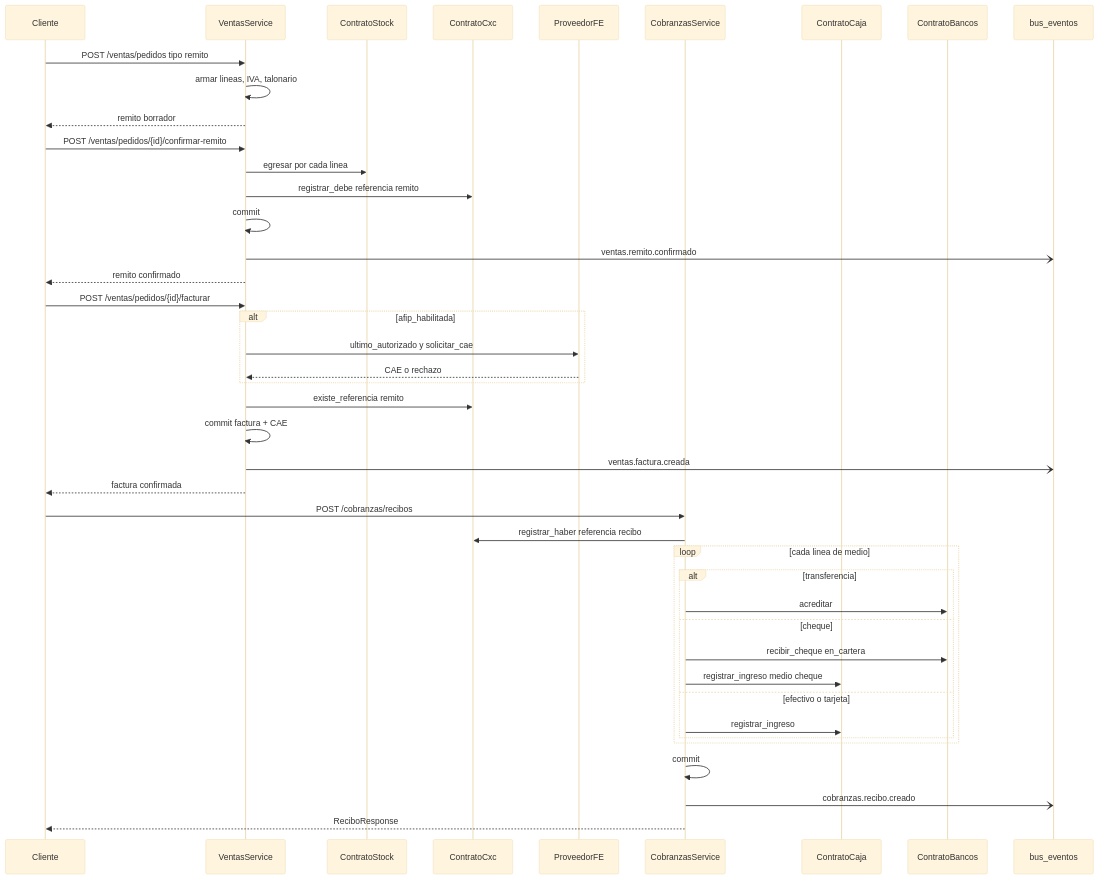
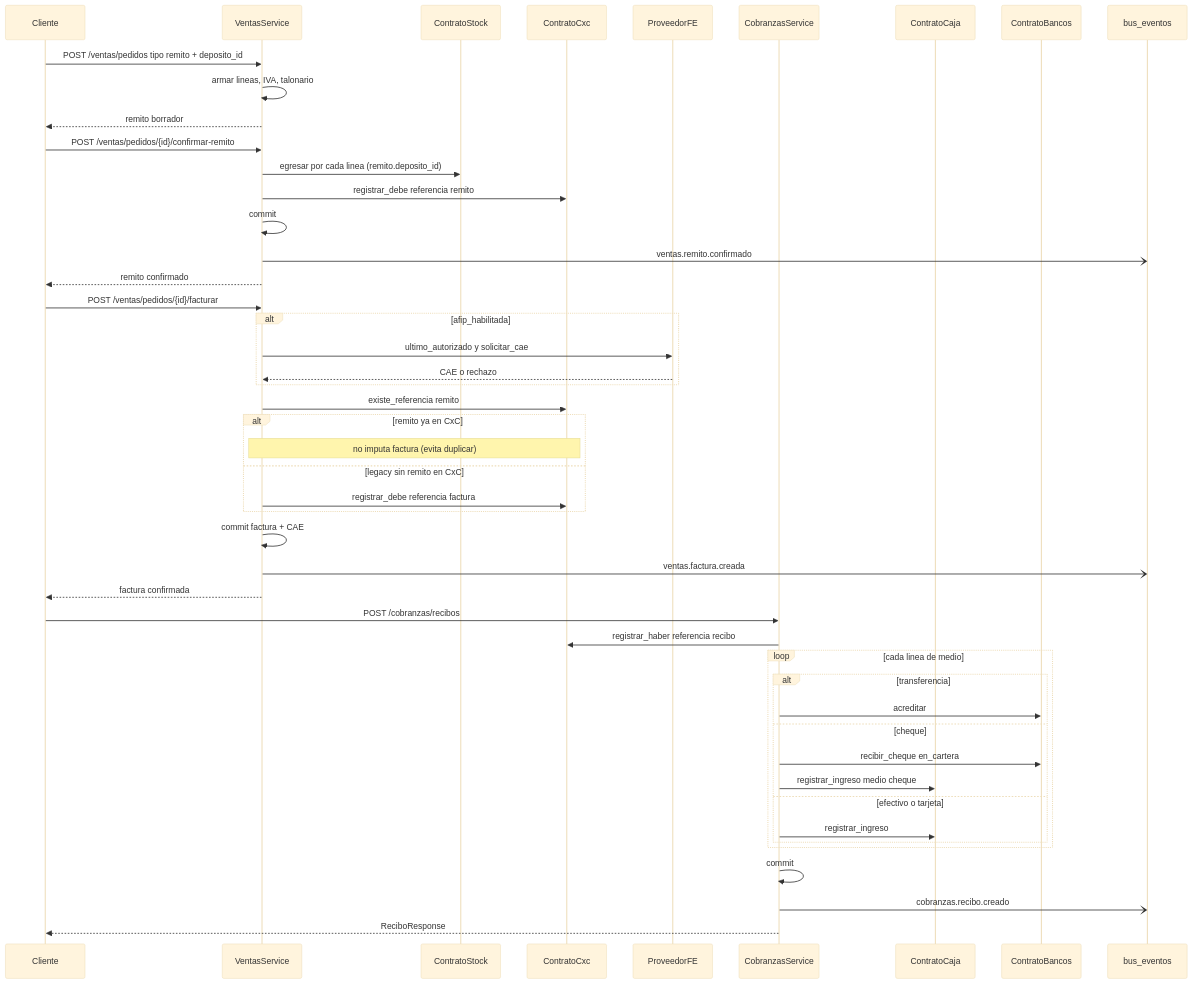
Before and after one commit to estsan3/ventas360-api: the diagram in docs/diagramas/cadena-venta-cobro.md, drawn with Mermaid (base theme). The commit also changed other lines of this file and 20 other files, not shown here.

First line of the commit message:
docs: diagramas de secuencia por módulo (sync 2026-09-22)

````diff
--- a/docs/diagramas/cadena-venta-cobro.md
+++ b/docs/diagramas/cadena-venta-cobro.md
@@ -8,49 +8,54 @@
 ```mermaid
 sequenceDiagram
     participant Cliente
     participant Ventas as VentasService
     participant Stock as ContratoStock
     participant Cxc as ContratoCxc
     participant FE as ProveedorFE
     participant Cobranzas as CobranzasService
     participant Caja as ContratoCaja
     participant Bancos as ContratoBancos
     participant Bus as bus_eventos
 
-    Cliente->>Ventas: POST /ventas/pedidos tipo remito
+    Cliente->>Ventas: POST /ventas/pedidos tipo remito + deposito_id
     Ventas->>Ventas: armar lineas, IVA, talonario
     Ventas-->>Cliente: remito borrador
 
     Cliente->>Ventas: POST /ventas/pedidos/{id}/confirmar-remito
-    Ventas->>Stock: egresar por cada linea
+    Ventas->>Stock: egresar por cada linea (remito.deposito_id)
     Ventas->>Cxc: registrar_debe referencia remito
     Ventas->>Ventas: commit
     Ventas-)Bus: ventas.remito.confirmado
     Ventas-->>Cliente: remito confirmado
 
     Cliente->>Ventas: POST /ventas/pedidos/{id}/facturar
     alt afip_habilitada
         Ventas->>FE: ultimo_autorizado y solicitar_cae
         FE-->>Ventas: CAE o rechazo
     end
     Ventas->>Cxc: existe_referencia remito
+    alt remito ya en CxC
+        Note over Ventas,Cxc: no imputa factura (evita duplicar)
+    else legacy sin remito en CxC
+        Ventas->>Cxc: registrar_debe referencia factura
+    end
     Ventas->>Ventas: commit factura + CAE
     Ventas-)Bus: ventas.factura.creada
     Ventas-->>Cliente: factura confirmada
 
     Cliente->>Cobranzas: POST /cobranzas/recibos
     Cobranzas->>Cxc: registrar_haber referencia recibo
     loop cada linea de medio
         alt transferencia
             Cobranzas->>Bancos: acreditar
         else cheque
             Cobranzas->>Bancos: recibir_cheque en_cartera
             Cobranzas->>Caja: registrar_ingreso medio cheque
         else efectivo o tarjeta
             Cobranzas->>Caja: registrar_ingreso
         end
     end
     Cobranzas->>Cobranzas: commit
     Cobranzas-)Bus: cobranzas.recibo.creado
     Cobranzas-->>Cliente: ReciboResponse
 ```
````
